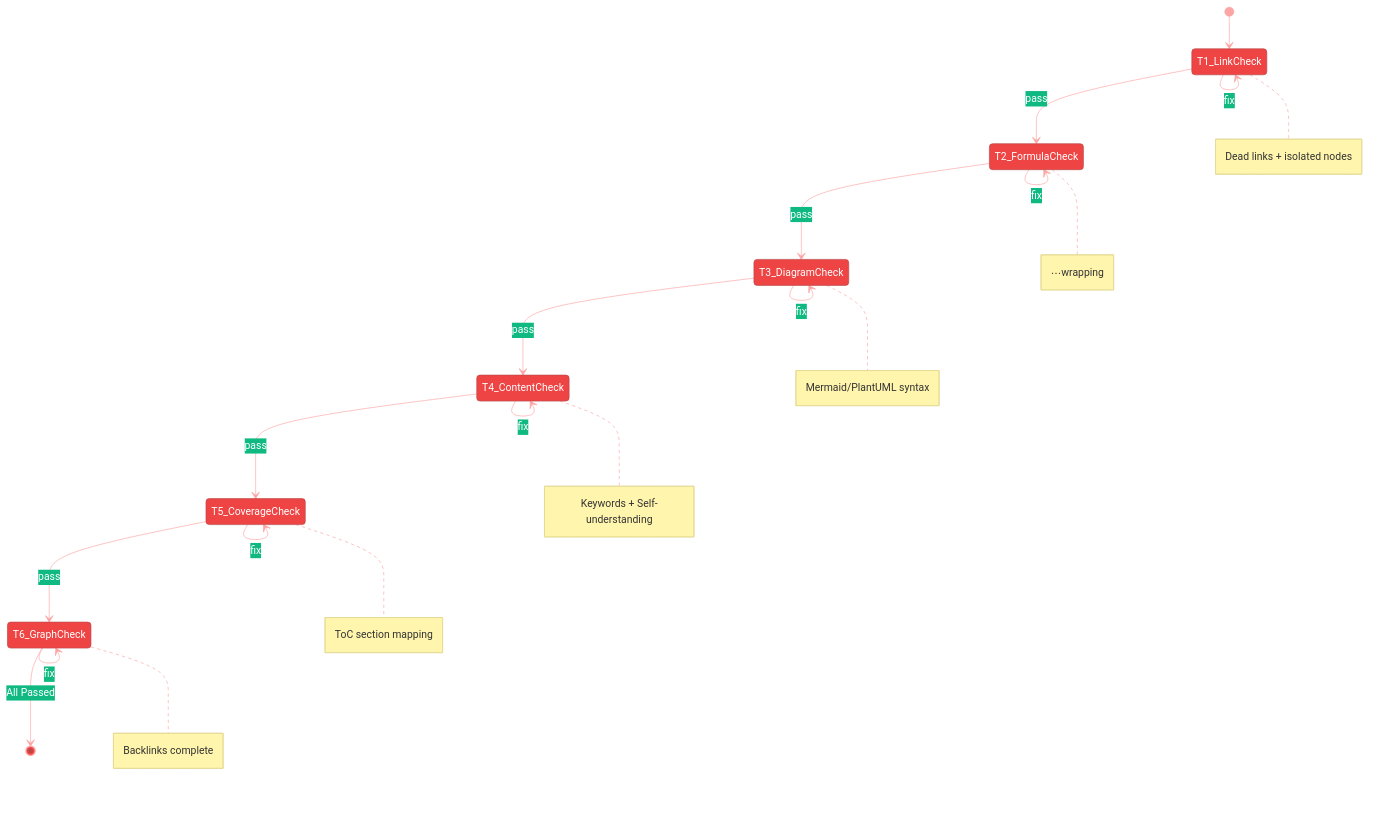
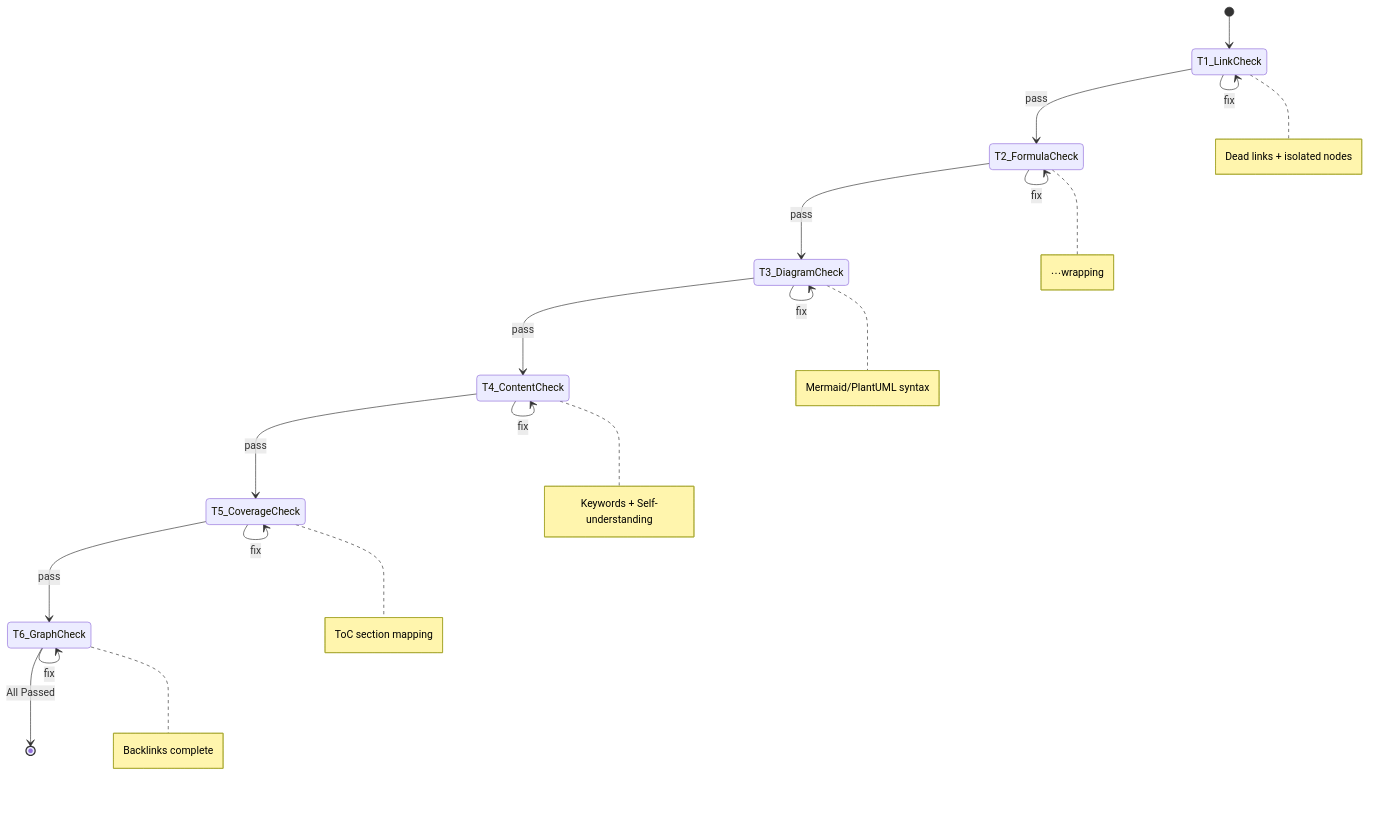
The fourth of 8 diagrams in README.md (3229218431/FeynFlow), drawn with Mermaid before and after one commit. The commit also changed other lines of this file, not shown here.

Commit message:
Simplify all chart colors: remove init styling, remove classDef, remove subgraphs, remove color legend. Clean readable default Mermaid themes.

````diff
--- a/README.md
+++ b/README.md
@@ -262,23 +217,22 @@
 ```mermaid
-%%{init: {'theme':'base','themeVariables': {'primaryColor': '#EF4444','primaryTextColor': '#fff','lineColor': '#FCA5A5','secondaryColor': '#10B981','tertiaryColor': '#3B82F6'}}}%%
 stateDiagram-v2
     [*] --> T1_LinkCheck
     T1_LinkCheck --> T2_FormulaCheck: pass
     T1_LinkCheck --> T1_LinkCheck: fix
     T2_FormulaCheck --> T3_DiagramCheck: pass
     T2_FormulaCheck --> T2_FormulaCheck: fix
     T3_DiagramCheck --> T4_ContentCheck: pass
     T3_DiagramCheck --> T3_DiagramCheck: fix
     T4_ContentCheck --> T5_CoverageCheck: pass
     T4_ContentCheck --> T4_ContentCheck: fix
     T5_CoverageCheck --> T6_GraphCheck: pass
     T5_CoverageCheck --> T5_CoverageCheck: fix
     T6_GraphCheck --> [*]: All Passed
     T6_GraphCheck --> T6_GraphCheck: fix
     note right of T1_LinkCheck: Dead links + isolated nodes
     note right of T2_FormulaCheck: $$...$$ wrapping
     note right of T3_DiagramCheck: Mermaid/PlantUML syntax
     note right of T4_ContentCheck: Keywords + Self-understanding
     note right of T5_CoverageCheck: ToC section mapping
     note right of T6_GraphCheck: Backlinks complete
 ```
````
